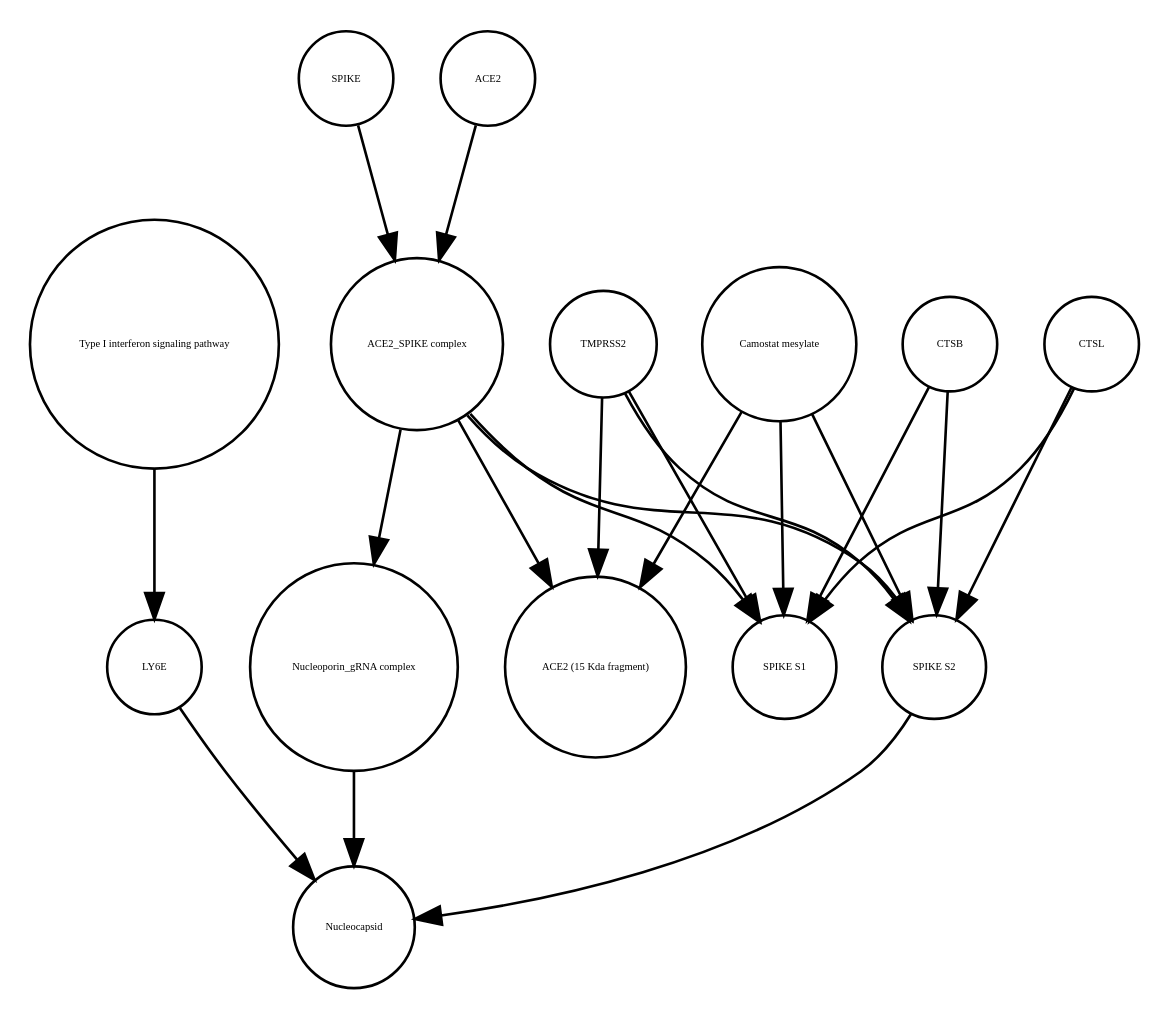
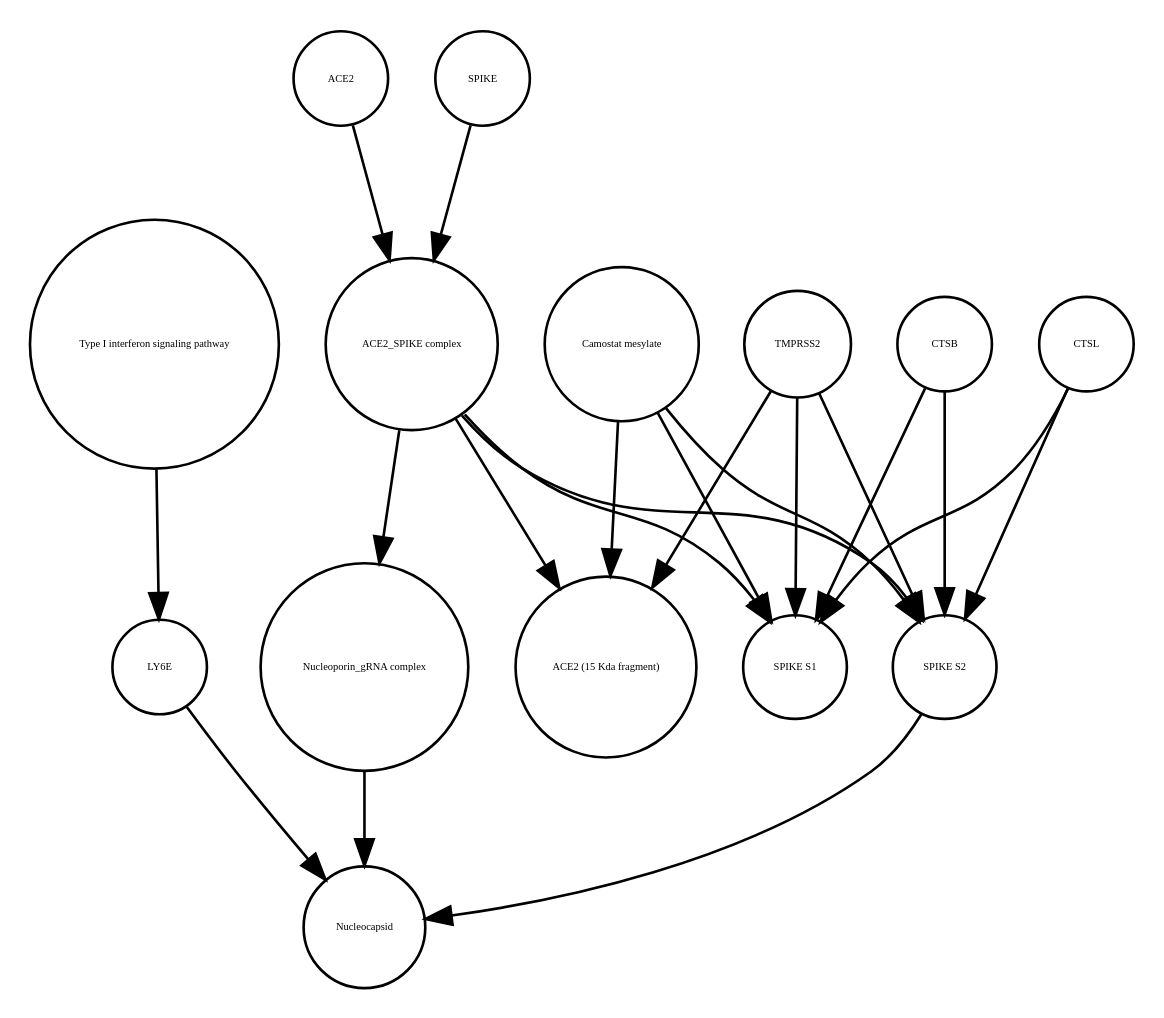
One commit to cannin/covid19-sbgn changed the diagram in Virus_replication_cycle_V01.xml_projected.dot. Above: the diagram before and after it, drawn with Graphviz. The commit also changed 572 other files, not shown here.

```diff
--- a/Virus_replication_cycle_V01.xml_projected.dot
+++ b/Virus_replication_cycle_V01.xml_projected.dot
@@ -1,36 +1,36 @@
 strict digraph  {
 "Type I interferon signaling pathway" [annotation="", bipartite=0, cls=phenotype, fontsize=4, label="Type I interferon signaling pathway", shape=circle];
 LY6E [annotation="", bipartite=0, cls=macromolecule, fontsize=4, label=LY6E, shape=circle];
-SPIKE [annotation="", bipartite=0, cls="macromolecule multimer", fontsize=4, label=SPIKE, shape=circle];
+CTSL [annotation="", bipartite=0, cls=macromolecule, fontsize=4, label=CTSL, shape=circle];
 Nucleocapsid [annotation="", bipartite=0, cls=complex, fontsize=4, label=Nucleocapsid, shape=circle];
-CTSL [annotation="", bipartite=0, cls=macromolecule, fontsize=4, label=CTSL, shape=circle];
-"ACE2 (15 Kda fragment)" [annotation="", bipartite=0, cls=macromolecule, fontsize=4, label="ACE2 (15 Kda fragment)", shape=circle];
-"ACE2_SPIKE complex" [annotation="", bipartite=0, cls=complex, fontsize=4, label="ACE2_SPIKE complex", shape=circle];
+"Nucleoporin_gRNA complex " [annotation="", bipartite=0, cls=complex, fontsize=4, label="Nucleoporin_gRNA complex ", shape=circle];
 "SPIKE S1" [annotation="", bipartite=0, cls=macromolecule, fontsize=4, label="SPIKE S1", shape=circle];
 ACE2 [annotation="", bipartite=0, cls=macromolecule, fontsize=4, label=ACE2, shape=circle];
-"Nucleoporin_gRNA complex " [annotation="", bipartite=0, cls=complex, fontsize=4, label="Nucleoporin_gRNA complex ", shape=circle];
-"SPIKE S2" [annotation="", bipartite=0, cls=macromolecule, fontsize=4, label="SPIKE S2", shape=circle];
-TMPRSS2 [annotation="", bipartite=0, cls=macromolecule, fontsize=4, label=TMPRSS2, shape=circle];
 CTSB [annotation="", bipartite=0, cls=macromolecule, fontsize=4, label=CTSB, shape=circle];
 "Camostat mesylate" [annotation="urn_miriam_pubchem.compound_2536", bipartite=0, cls="simple chemical", fontsize=4, label="Camostat mesylate", shape=circle];
+"ACE2_SPIKE complex" [annotation="", bipartite=0, cls=complex, fontsize=4, label="ACE2_SPIKE complex", shape=circle];
+SPIKE [annotation="", bipartite=0, cls="macromolecule multimer", fontsize=4, label=SPIKE, shape=circle];
+TMPRSS2 [annotation="", bipartite=0, cls=macromolecule, fontsize=4, label=TMPRSS2, shape=circle];
+"ACE2 (15 Kda fragment)" [annotation="", bipartite=0, cls=macromolecule, fontsize=4, label="ACE2 (15 Kda fragment)", shape=circle];
+"SPIKE S2" [annotation="", bipartite=0, cls=macromolecule, fontsize=4, label="SPIKE S2", shape=circle];
 "Type I interferon signaling pathway" -> LY6E  [annotation="", interaction_type=stimulation];
-LY6E -> Nucleocapsid  [annotation="urn_miriam_doi_10.1101%2F2020.03.05.979260|urn_miriam_pubmed_32142651|urn_miriam_pubmed_32094589", interaction_type=inhibition];
-SPIKE -> "ACE2_SPIKE complex"  [annotation="", interaction_type=production];
+LY6E -> Nucleocapsid  [annotation="urn_miriam_doi_10.1101%2F2020.03.05.979260", interaction_type=inhibition];
 CTSL -> "SPIKE S1"  [annotation=urn_miriam_pubmed_32142651, interaction_type=catalysis];
 CTSL -> "SPIKE S2"  [annotation=urn_miriam_pubmed_32142651, interaction_type=catalysis];
-"ACE2_SPIKE complex" -> "SPIKE S1"  [annotation="", interaction_type=production];
-"ACE2_SPIKE complex" -> "SPIKE S2"  [annotation="", interaction_type=production];
-"ACE2_SPIKE complex" -> "ACE2 (15 Kda fragment)"  [annotation="", interaction_type=production];
-"ACE2_SPIKE complex" -> "Nucleoporin_gRNA complex "  [annotation="urn_miriam_pubmed_32142651|urn_miriam_pubmed_32094589", interaction_type=stimulation];
+"Nucleoporin_gRNA complex " -> Nucleocapsid  [annotation="", interaction_type=production];
 ACE2 -> "ACE2_SPIKE complex"  [annotation="", interaction_type=production];
-"Nucleoporin_gRNA complex " -> Nucleocapsid  [annotation="", interaction_type=production];
-"SPIKE S2" -> Nucleocapsid  [annotation="urn_miriam_doi_10.1101%2F2020.03.05.979260|urn_miriam_pubmed_32142651|urn_miriam_pubmed_32094589", interaction_type=stimulation];
-TMPRSS2 -> "SPIKE S1"  [annotation="urn_miriam_pubmed_32142651|urn_miriam_pubmed_32094589|urn_miriam_pubmed_24227843", interaction_type=catalysis];
-TMPRSS2 -> "SPIKE S2"  [annotation="urn_miriam_pubmed_32142651|urn_miriam_pubmed_32094589|urn_miriam_pubmed_24227843", interaction_type=catalysis];
-TMPRSS2 -> "ACE2 (15 Kda fragment)"  [annotation="urn_miriam_pubmed_32142651|urn_miriam_pubmed_32094589|urn_miriam_pubmed_24227843", interaction_type=catalysis];
 CTSB -> "SPIKE S1"  [annotation=urn_miriam_pubmed_32142651, interaction_type=catalysis];
 CTSB -> "SPIKE S2"  [annotation=urn_miriam_pubmed_32142651, interaction_type=catalysis];
 "Camostat mesylate" -> "SPIKE S1"  [annotation="urn_miriam_pubmed_32142651|urn_miriam_pubmed_32094589|urn_miriam_pubmed_24227843", interaction_type=inhibition];
+"Camostat mesylate" -> "ACE2 (15 Kda fragment)"  [annotation="urn_miriam_pubmed_32142651|urn_miriam_pubmed_32094589|urn_miriam_pubmed_24227843", interaction_type=inhibition];
 "Camostat mesylate" -> "SPIKE S2"  [annotation="urn_miriam_pubmed_32142651|urn_miriam_pubmed_32094589|urn_miriam_pubmed_24227843", interaction_type=inhibition];
-"Camostat mesylate" -> "ACE2 (15 Kda fragment)"  [annotation="urn_miriam_pubmed_32142651|urn_miriam_pubmed_32094589|urn_miriam_pubmed_24227843", interaction_type=inhibition];
+"ACE2_SPIKE complex" -> "ACE2 (15 Kda fragment)"  [annotation="", interaction_type=production];
+"ACE2_SPIKE complex" -> "SPIKE S1"  [annotation="", interaction_type=production];
+"ACE2_SPIKE complex" -> "SPIKE S2"  [annotation="", interaction_type=production];
+"ACE2_SPIKE complex" -> "Nucleoporin_gRNA complex "  [annotation="urn_miriam_pubmed_32142651|urn_miriam_pubmed_32094589", interaction_type=stimulation];
+SPIKE -> "ACE2_SPIKE complex"  [annotation="", interaction_type=production];
+TMPRSS2 -> "SPIKE S1"  [annotation="urn_miriam_pubmed_32142651|urn_miriam_pubmed_32094589|urn_miriam_pubmed_24227843", interaction_type=catalysis];
+TMPRSS2 -> "ACE2 (15 Kda fragment)"  [annotation="urn_miriam_pubmed_32142651|urn_miriam_pubmed_32094589|urn_miriam_pubmed_24227843", interaction_type=catalysis];
+TMPRSS2 -> "SPIKE S2"  [annotation="urn_miriam_pubmed_32142651|urn_miriam_pubmed_32094589|urn_miriam_pubmed_24227843", interaction_type=catalysis];
+"SPIKE S2" -> Nucleocapsid  [annotation="urn_miriam_doi_10.1101%2F2020.03.05.979260", interaction_type=stimulation];
 }
```
